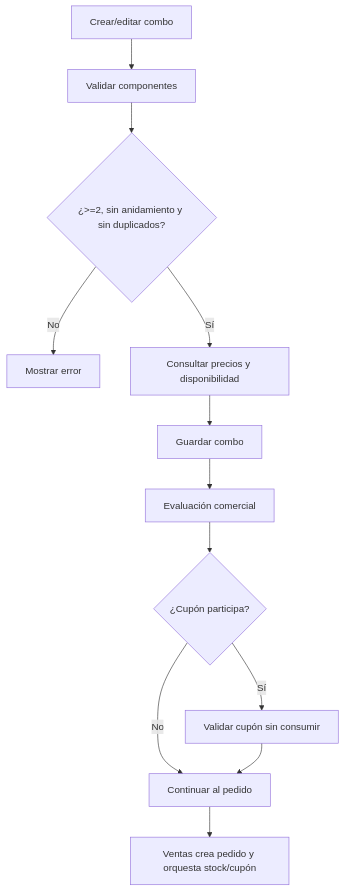
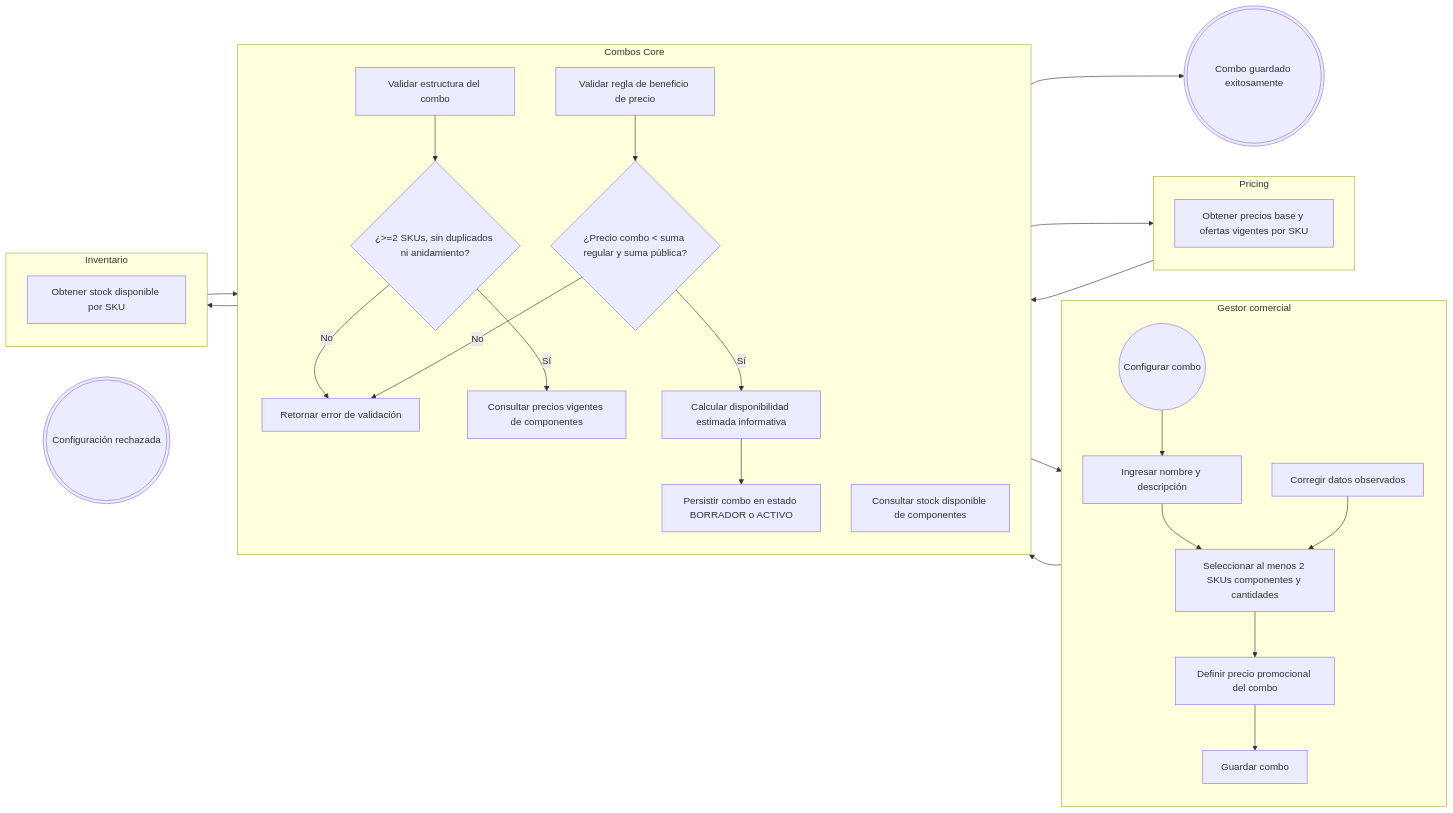
The first of 3 diagrams in flujos/FLOW-002-gestion-combos-productos.md (Taller-SW-Web/G6-Productos-Ofertas-docs), drawn with Mermaid before and after one commit. The commit also changed other lines of this file and 1 other file, not shown here.

Commit message:
docs(castilla): corregir FLOW-001 y FLOW-002 segun FLOW_TEMPLATE y baseline 0.4.0 (closes #36)

````diff
--- a/flujos/FLOW-002-gestion-combos-productos.md
+++ b/flujos/FLOW-002-gestion-combos-productos.md
@@ -4,14 +34,59 @@
 ```mermaid
-flowchart TD
-    A["Crear/editar combo"] --> B["Validar componentes"]
-    B --> C{"¿>=2, sin anidamiento y sin duplicados?"}
-    C -->|No| X["Mostrar error"]
-    C -->|Sí| D["Consultar precios y disponibilidad"]
-    D --> E["Guardar combo"]
-    E --> F["Evaluación comercial"]
-    F --> G{"¿Cupón participa?"}
-    G -->|No| H["Continuar al pedido"]
-    G -->|Sí| I["Validar cupón sin consumir"]
-    I --> H
-    H --> J["Ventas crea pedido y orquesta stock/cupón"]
+flowchart LR
+
+    subgraph GESTOR["Gestor comercial"]
+        direction TB
+        INICIO((Configurar combo))
+        G1["Ingresar nombre y descripción"]
+        G2["Seleccionar al menos 2 SKUs componentes y cantidades"]
+        G3["Definir precio promocional del combo"]
+        G4["Guardar combo"]
+        G5["Corregir datos observados"]
+    end
+
+    subgraph COMBOS["Combos Core"]
+        direction TB
+        C1["Validar estructura del combo"]
+        D1{"¿>=2 SKUs, sin duplicados ni anidamiento?"}
+        C2["Consultar precios vigentes de componentes"]
+        C3["Consultar stock disponible de componentes"]
+        C4["Validar regla de beneficio de precio"]
+        D2{"¿Precio combo < suma regular y suma pública?"}
+        C5["Calcular disponibilidad estimada informativa"]
+        C6["Persistir combo en estado BORRADOR o ACTIVO"]
+        C7["Retornar error de validación"]
+    end
+
+    subgraph PRICING["Pricing"]
+        direction TB
+        P1["Obtener precios base y ofertas vigentes por SKU"]
+    end
+
+    subgraph INVENTARIO["Inventario"]
+        direction TB
+        I1["Obtener stock disponible por SKU"]
+    end
+
+    FIN_CREADO(((Combo guardado exitosamente)))
+    FIN_ERROR(((Configuración rechazada)))
+
+    INICIO --> G1
+    G1 --> G2
+    G2 --> G3
+    G3 --> G4
+    G4 --> C1
+    C1 --> D1
+    D1 -->|"No"| C7
+    C7 --> G5
+    G5 --> G2
+    D1 -->|"Sí"| C2
+    C2 --> P1
+    P1 --> C3
+    C3 --> I1
+    I1 --> C4
+    C4 --> D2
+    D2 -->|"No"| C7
+    D2 -->|"Sí"| C5
+    C5 --> C6
+    C6 --> FIN_CREADO
 ```
````
